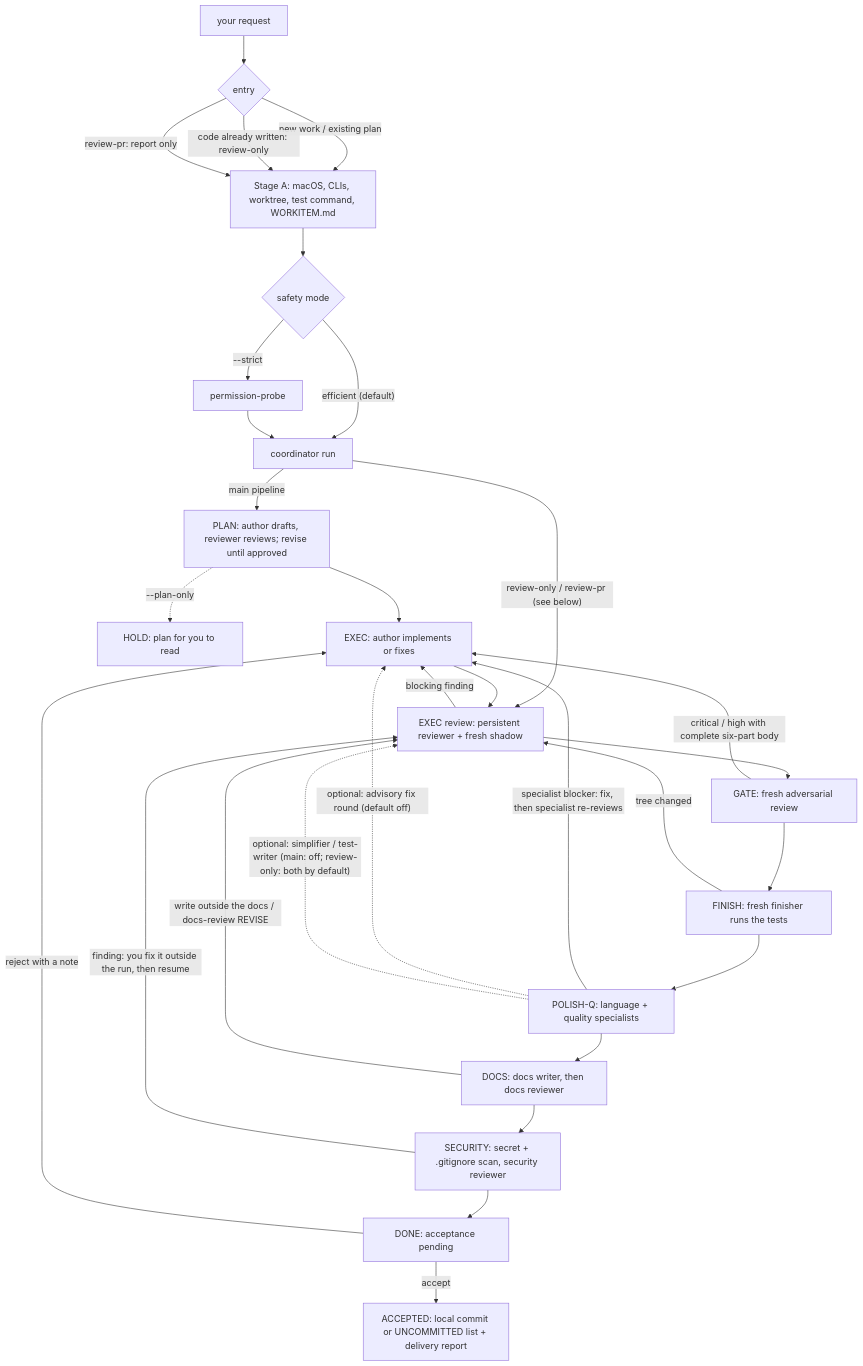
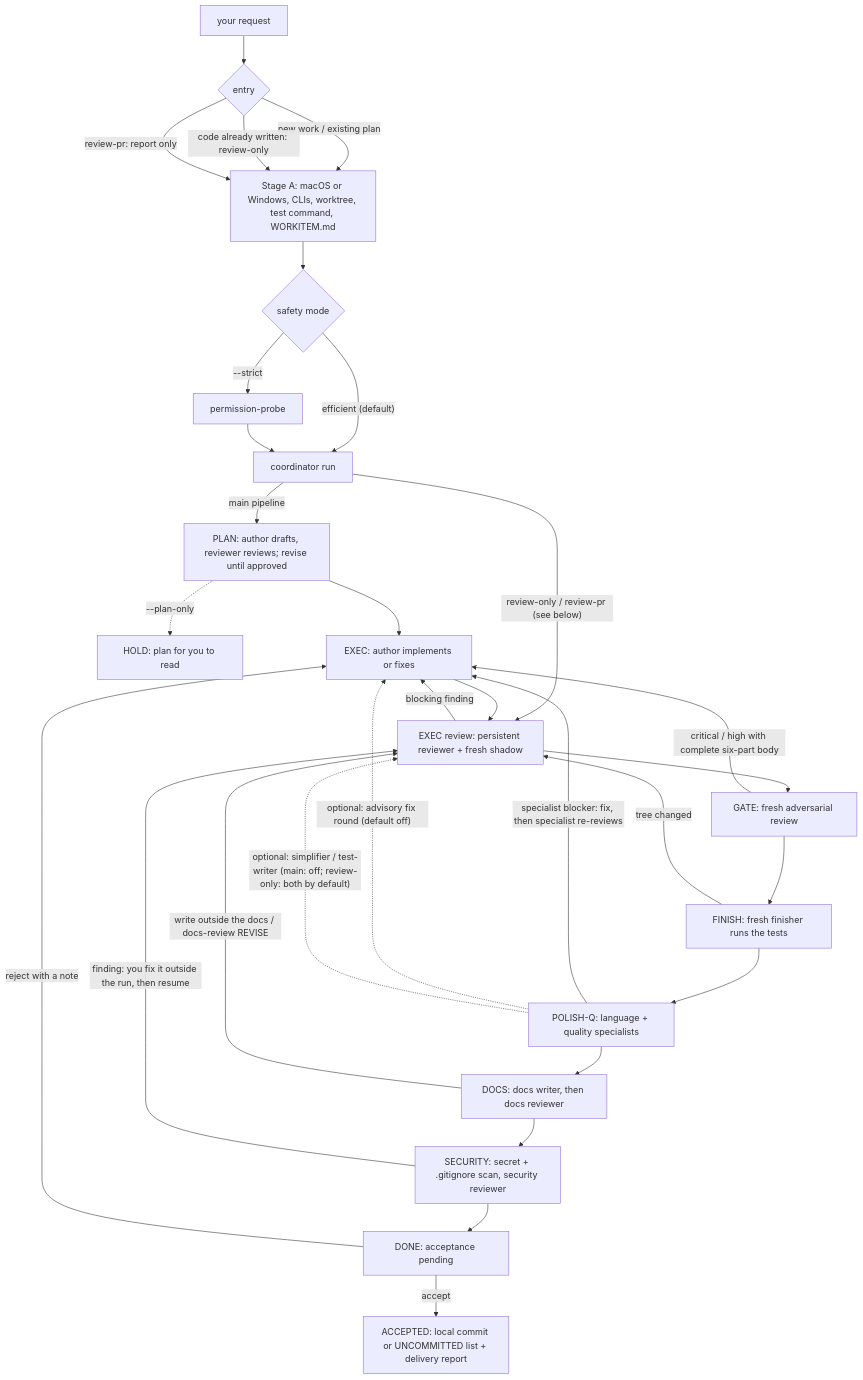
One commit to NYTC69/review-loop changed the diagram in README.md. Above: the diagram before and after it, drawn with Mermaid. The commit also changed other lines of this file and 29 other files, not shown here.

````diff
--- a/README.md
+++ b/README.md
@@ -207,31 +218,31 @@
 ```mermaid
 flowchart TD
   U["your request"] --> E{"entry"}
   E -->|"new work / existing plan"| SA
   E -->|"code already written: review-only"| SA
   E -->|"review-pr: report only"| SA
-  SA["Stage A: macOS, CLIs, worktree, test command, WORKITEM.md"] --> M{"safety mode"}
+  SA["Stage A: macOS or Windows, CLIs, worktree, test command, WORKITEM.md"] --> M{"safety mode"}
   M -->|"efficient (default)"| RUN["coordinator run"]
   M -->|"--strict"| PB["permission-probe"] --> RUN
   RUN -->|"main pipeline"| PLAN["PLAN: author drafts, reviewer reviews; revise until approved"]
   RUN -->|"review-only / review-pr (see below)"| REV
   PLAN -.->|"--plan-only"| HP["HOLD: plan for you to read"]
   PLAN --> AUTH["EXEC: author implements or fixes"]
   AUTH --> REV["EXEC review: persistent reviewer + fresh shadow"]
   REV -->|"blocking finding"| AUTH
   REV --> G["GATE: fresh adversarial review"]
   G -->|"critical / high with complete six-part body"| AUTH
   G --> F["FINISH: fresh finisher runs the tests"]
   F -->|"tree changed"| REV
   F --> Q["POLISH-Q: language + quality specialists"]
   Q -->|"specialist blocker: fix, then specialist re-reviews"| AUTH
   Q -.->|"optional: advisory fix round (default off)"| AUTH
   Q -.->|"optional: simplifier / test-writer (main: off; review-only: both by default)"| REV
   Q --> D["DOCS: docs writer, then docs reviewer"]
   D -->|"write outside the docs / docs-review REVISE"| REV
   D --> S["SECURITY: secret + .gitignore scan, security reviewer"]
   S -->|"finding: you fix it outside the run, then resume"| REV
   S --> DONE["DONE: acceptance pending"]
   DONE -->|"accept"| ACC["ACCEPTED: local commit or UNCOMMITTED list + delivery report"]
   DONE -->|"reject with a note"| AUTH
 ```
````
